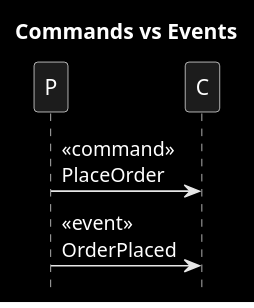
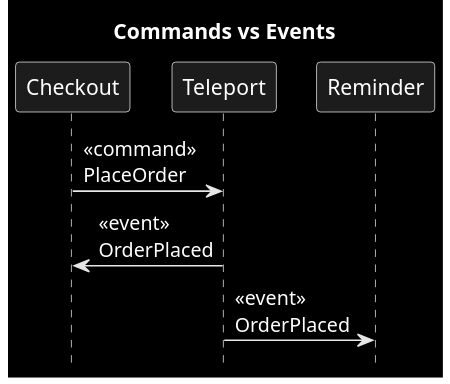
Before and after one commit to victorrentea/kafka: the diagram in patterns/0_commands_vs_events.puml, drawn with PlantUML. The commit also changed 1 other file, not shown here.

Commit message:
one fix: change the event semantics to be 'self-correcting', 'idempotent to consumer' = integtation / eventshot

```diff
--- a/patterns/0_commands_vs_events.puml
+++ b/patterns/0_commands_vs_events.puml
@@ -1,8 +1,9 @@
 @startuml
 title Commands vs Events
 hide footbox
 skinparam monochrome reverse
 
-P->C: <<command>>\nPlaceOrder
-P->C: <<event>>\nOrderPlaced
+Checkout->Teleport: <<command>>\nPlaceOrder
+Checkout<-Teleport: <<event>>\nOrderPlaced
+Reminder<-Teleport: <<event>>\nOrderPlaced
 @enduml
```
